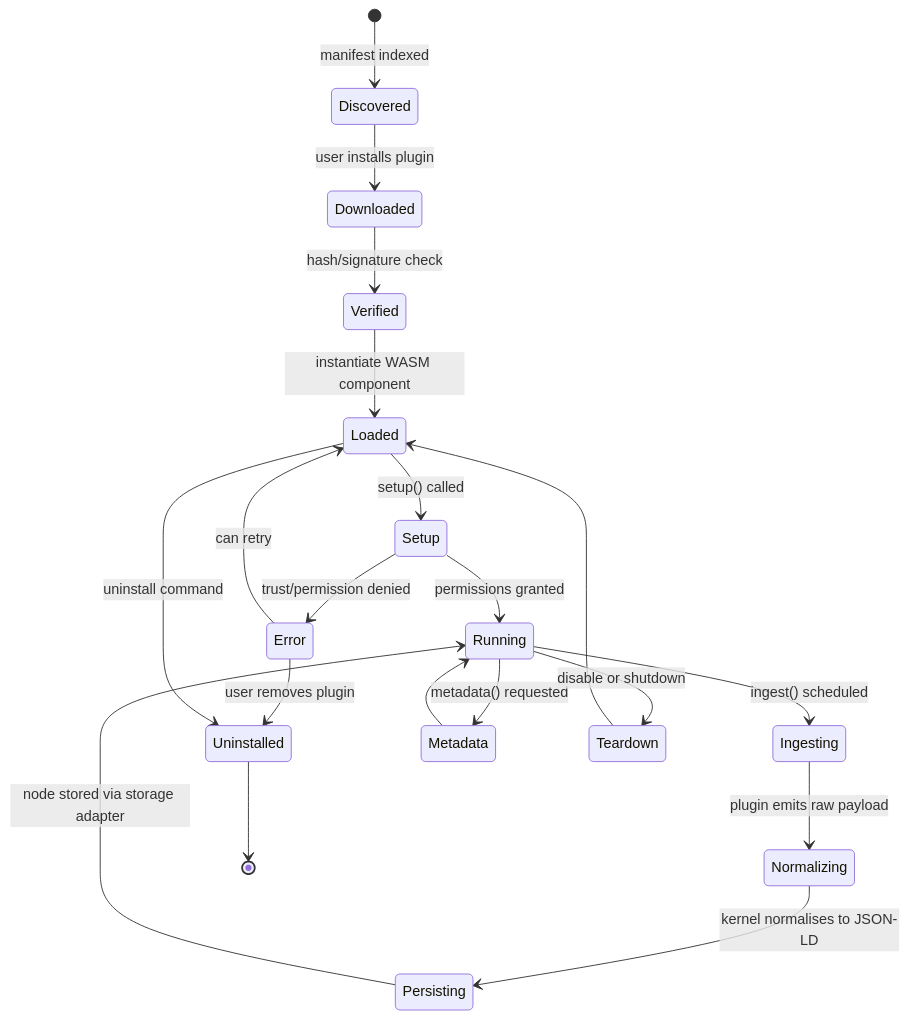
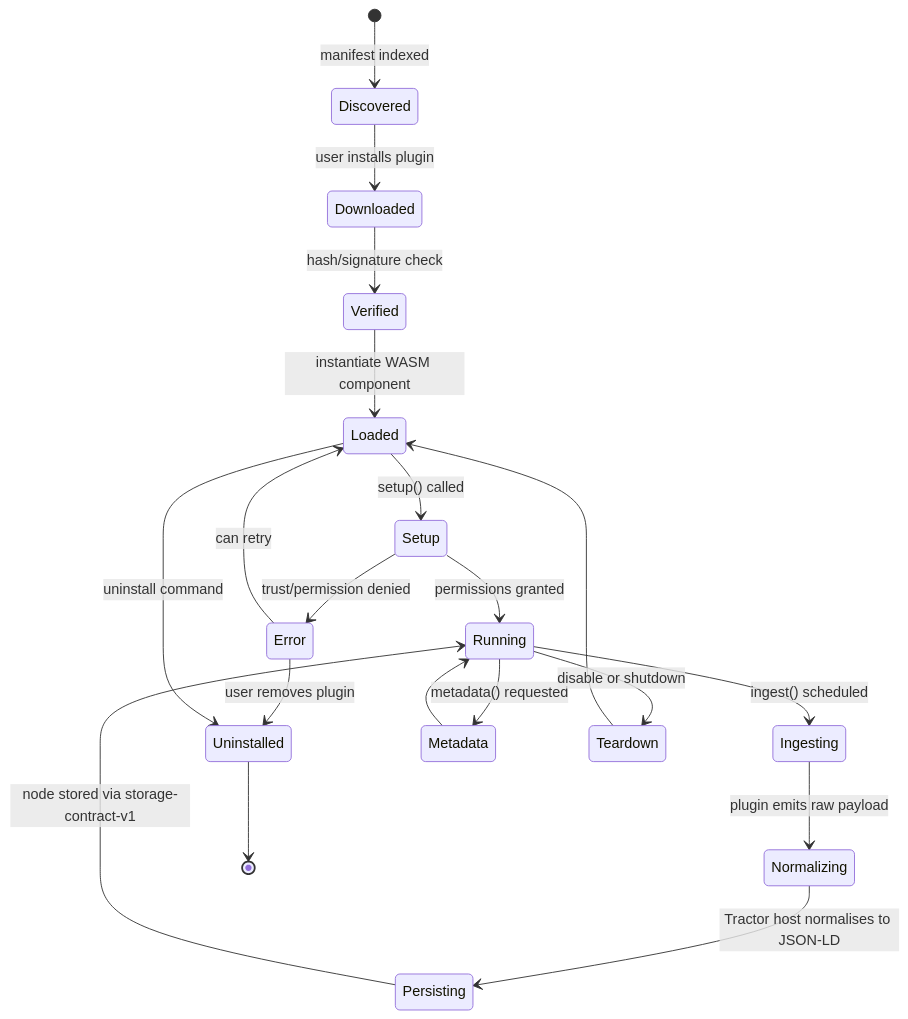
The diagram in specs/diagrams/plugin-lifecycle.mermaid (aretw0/refarm), drawn with Mermaid before and after one commit. The commit also changed 921 other files, not shown here.

```diff
--- a/specs/diagrams/plugin-lifecycle.mermaid
+++ b/specs/diagrams/plugin-lifecycle.mermaid
@@ -1,24 +1,24 @@
 stateDiagram-v2
   [*] --> Discovered: manifest indexed
   Discovered --> Downloaded: user installs plugin
   Downloaded --> Verified: hash/signature check
   Verified --> Loaded: instantiate WASM component
   Loaded --> Setup: setup() called
   Setup --> Running: permissions granted
   Setup --> Error: trust/permission denied
   Error --> Loaded: can retry
   Error --> Uninstalled: user removes plugin
 
   Running --> Ingesting: ingest() scheduled
   Ingesting --> Normalizing: plugin emits raw payload
-  Normalizing --> Persisting: kernel normalises to JSON-LD
-  Persisting --> Running: node stored via storage adapter
+  Normalizing --> Persisting: Tractor host normalises to JSON-LD
+  Persisting --> Running: node stored via storage-contract-v1
 
   Running --> Metadata: metadata() requested
   Metadata --> Running
 
   Running --> Teardown: disable or shutdown
   Teardown --> Loaded
 
   Loaded --> Uninstalled: uninstall command
   Uninstalled --> [*]
```
